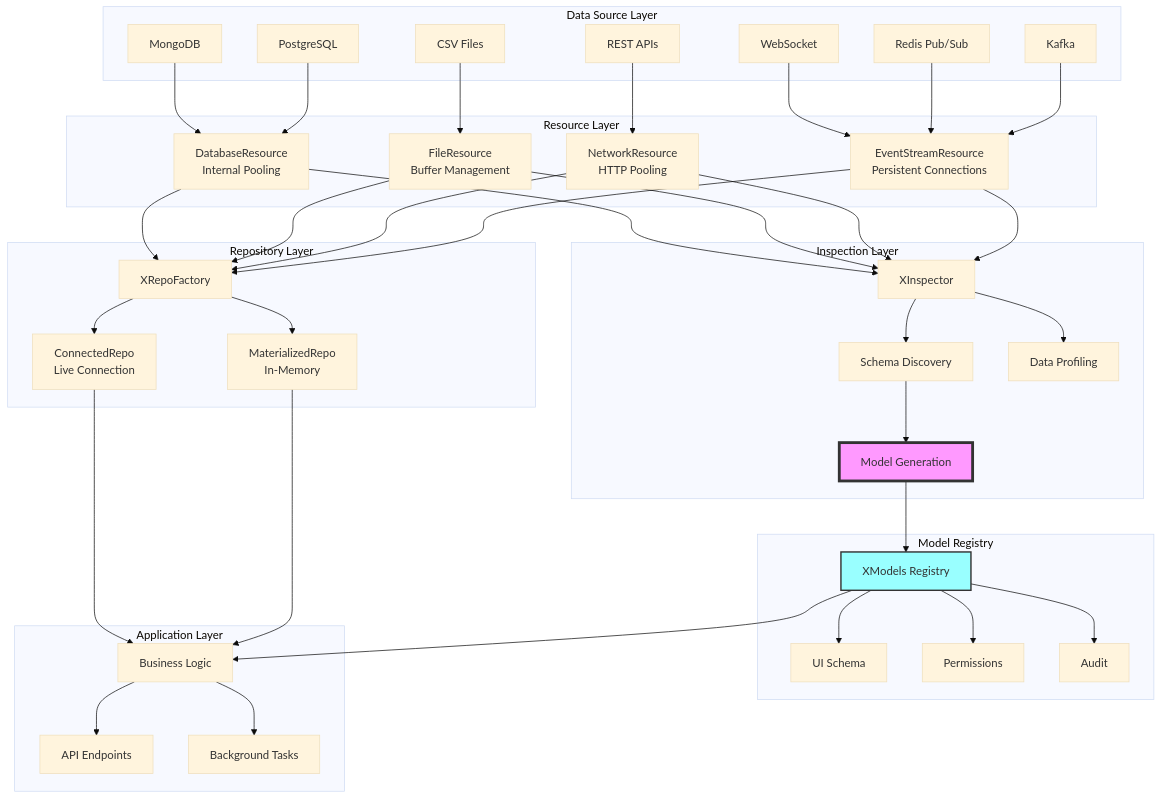
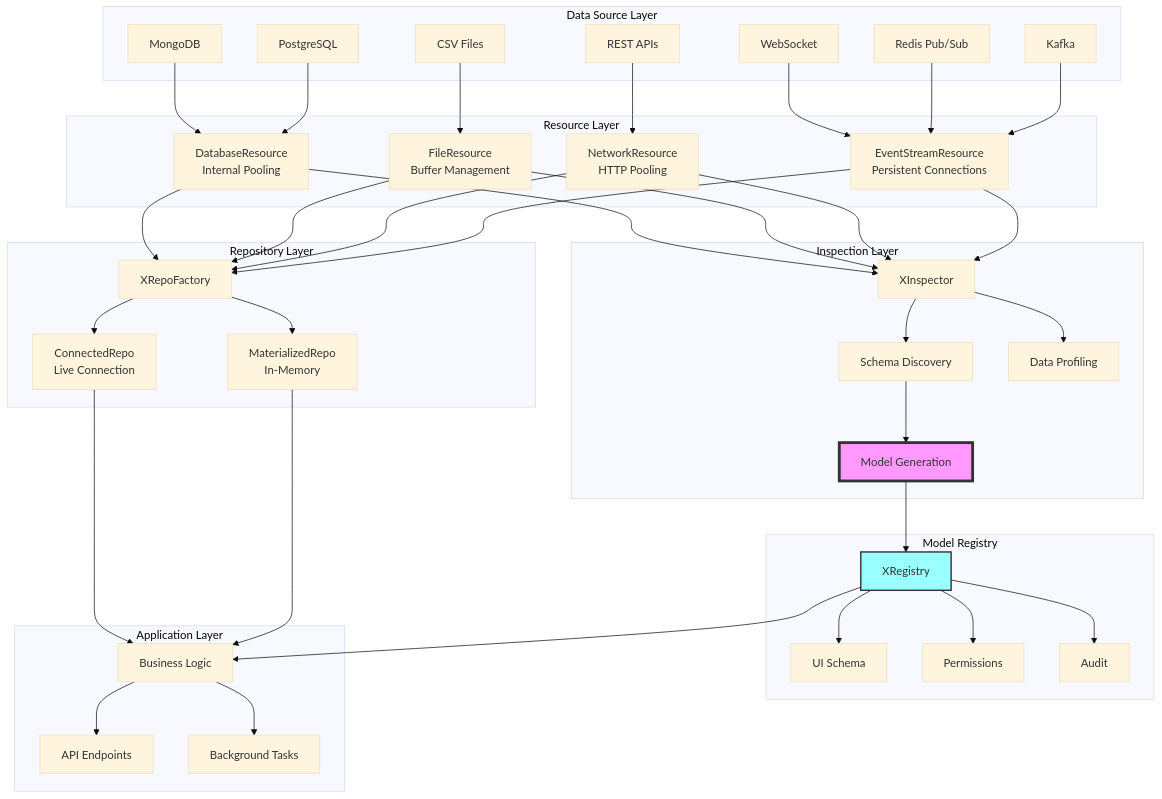
The second of 7 diagrams in FEATURES/XARCH.md (rpalshetkar/claudify), drawn with Mermaid (base theme) before and after one commit. The commit also changed other lines of this file and 1 other file, not shown here.

First line of the commit message:
Update FEATURES/CLAUDE.md and XARCH.md: Replace XModels with XRegistry

````diff
--- a/FEATURES/XARCH.md
+++ b/FEATURES/XARCH.md
@@ -159,68 +159,68 @@
 ```mermaid
 flowchart TB
     subgraph "Data Source Layer"
         DS1[MongoDB]
         DS2[PostgreSQL]
         DS3[CSV Files]
         DS4[REST APIs]
         DS5[WebSocket]
         DS6[Redis Pub/Sub]
         DS7[Kafka]
     end
 
     subgraph "Resource Layer"
         R1[DatabaseResource<br/>Internal Pooling]
         R2[FileResource<br/>Buffer Management]
         R3[NetworkResource<br/>HTTP Pooling]
         R4[EventStreamResource<br/>Persistent Connections]
     end
 
     subgraph "Inspection Layer"
         I1[XInspector]
         I2[Schema Discovery]
         I3[Data Profiling]
         I4[Model Generation]
     end
 
     subgraph "Repository Layer"
         RP1[XRepoFactory]
         RP2[ConnectedRepo<br/>Live Connection]
         RP3[MaterializedRepo<br/>In-Memory]
     end
 
     subgraph "Model Registry"
-        M1[XModels Registry]
+        M1[XRegistry]
         M2[UI Schema]
         M3[Permissions]
         M4[Audit]
     end
 
     subgraph "Application Layer"
         A1[Business Logic]
         A2[API Endpoints]
         A3[Background Tasks]
     end
 
     DS1 & DS2 --> R1
     DS3 --> R2
     DS4 --> R3
     DS5 & DS6 & DS7 --> R4
 
     R1 & R2 & R3 & R4 --> I1
     I1 --> I2 & I3
     I2 --> I4
     I4 --> M1
 
     R1 & R2 --> RP1
     R3 & R4 --> RP1
     RP1 --> RP2
     RP1 --> RP3
 
     M1 --> M2 & M3 & M4
     RP2 & RP3 --> A1
     M1 --> A1
     A1 --> A2 & A3
 
     style I4 fill:#f9f,stroke:#333,stroke-width:4px
     style M1 fill:#9ff,stroke:#333,stroke-width:2px
 ```
````
